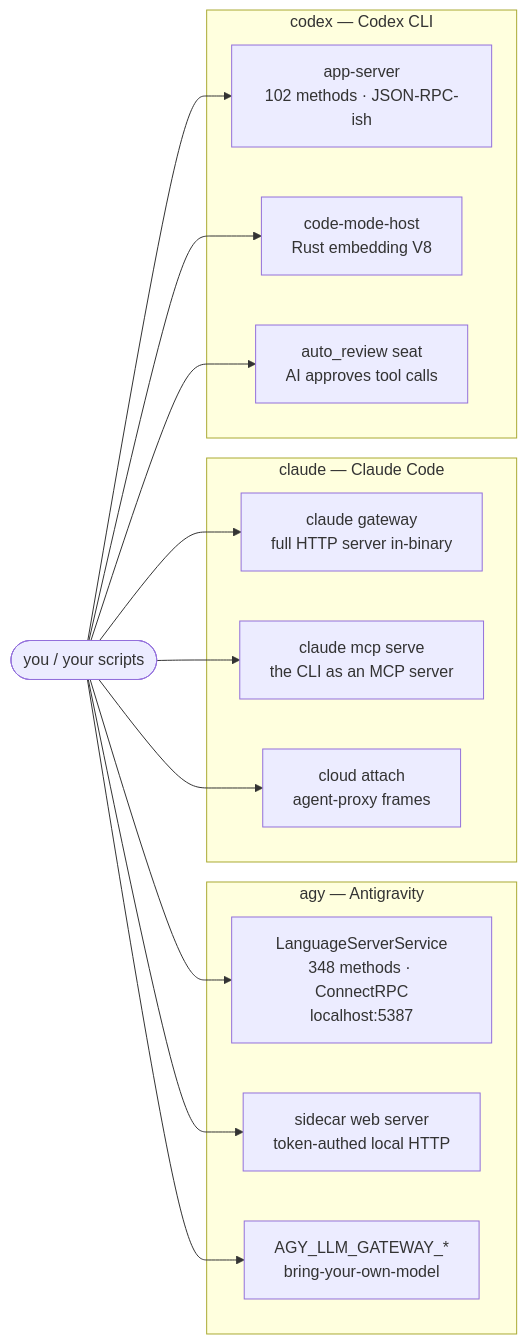
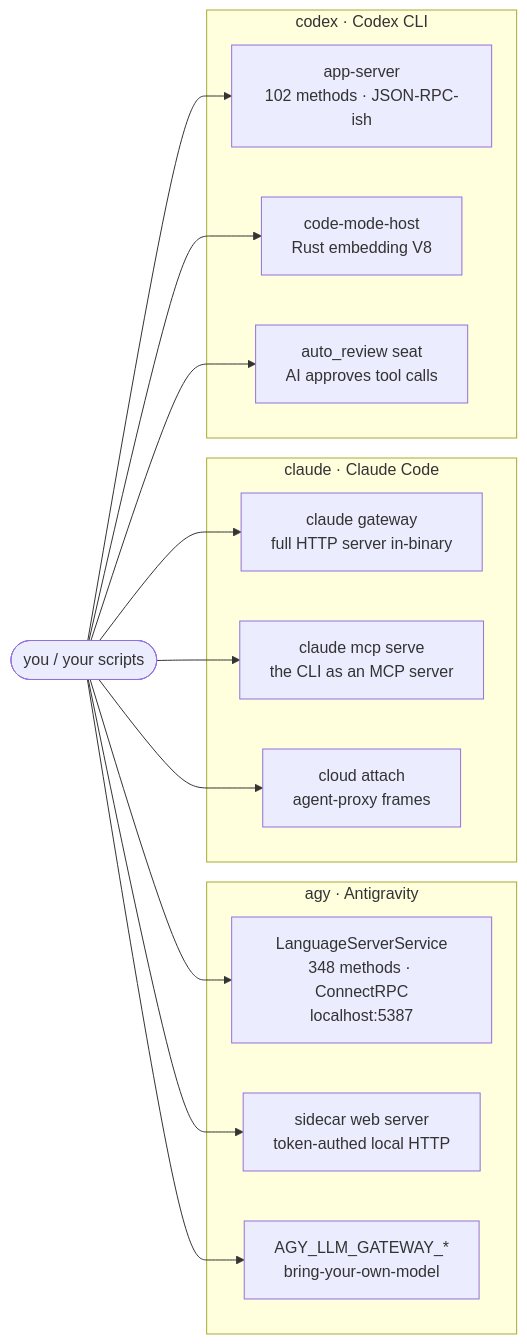
The diagram in README.md (bon3head/agent-cli-internals), drawn with Mermaid before and after one commit. The commit also changed other lines of this file and 51 other files, not shown here.

````diff
--- a/README.md
+++ b/README.md
@@ -23,19 +24,19 @@
 ```mermaid
 flowchart LR
-    subgraph AGY["agy — Antigravity"]
+    subgraph AGY["agy · Antigravity"]
         LS["LanguageServerService<br/>348 methods · ConnectRPC<br/>localhost:5387"]
         SC["sidecar web server<br/>token-authed local HTTP"]
         BYO["AGY_LLM_GATEWAY_*<br/>bring-your-own-model"]
     end
-    subgraph CLAUDE["claude — Claude Code"]
+    subgraph CLAUDE["claude · Claude Code"]
         GTW["claude gateway<br/>full HTTP server in-binary"]
         MCP["claude mcp serve<br/>the CLI as an MCP server"]
         CLD["cloud attach<br/>agent-proxy frames"]
     end
-    subgraph CODEX["codex — Codex CLI"]
+    subgraph CODEX["codex · Codex CLI"]
         AS["app-server<br/>102 methods · JSON-RPC-ish"]
         CM["code-mode-host<br/>Rust embedding V8"]
         AR["auto_review seat<br/>AI approves tool calls"]
     end
     YOU(["you / your scripts"]) --> LS & SC & BYO & GTW & MCP & CLD & AS & CM & AR
 ```
````
